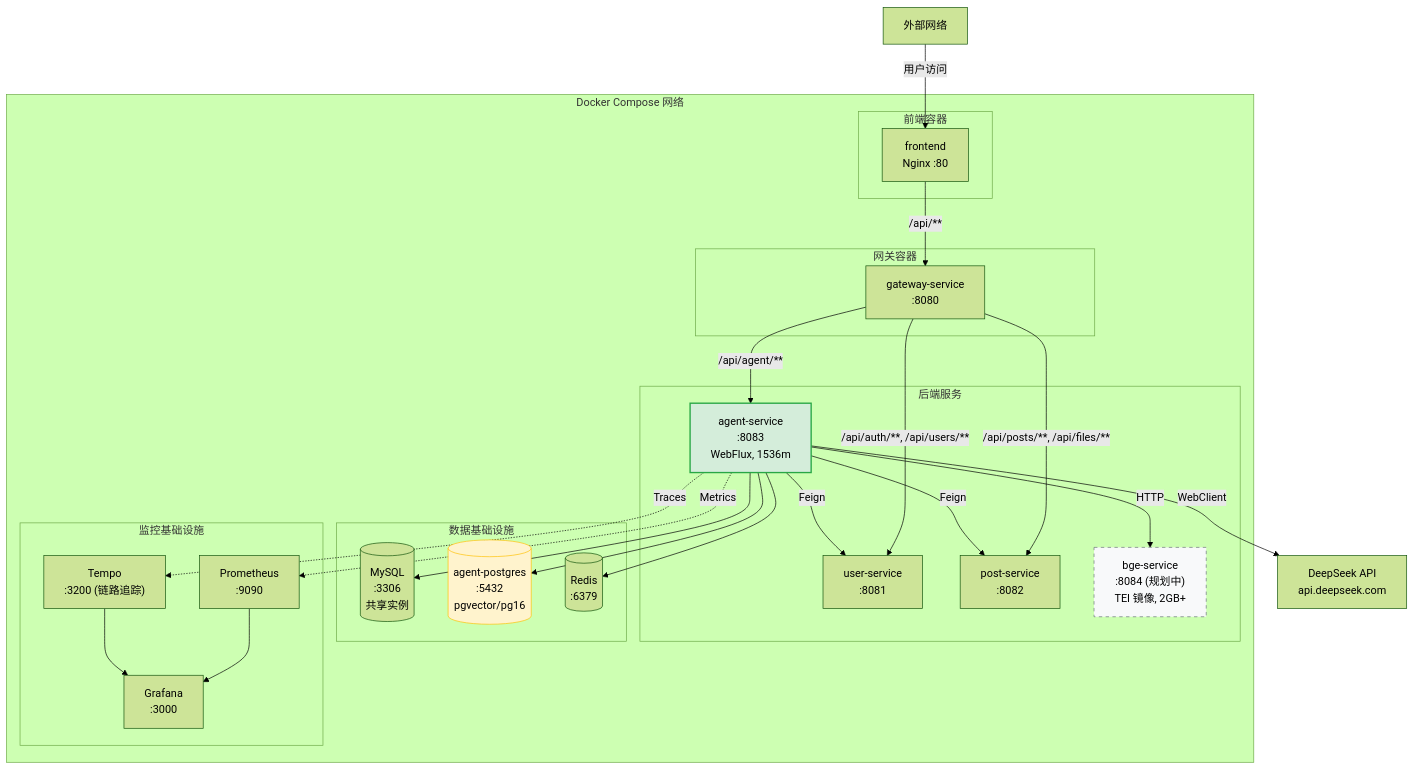
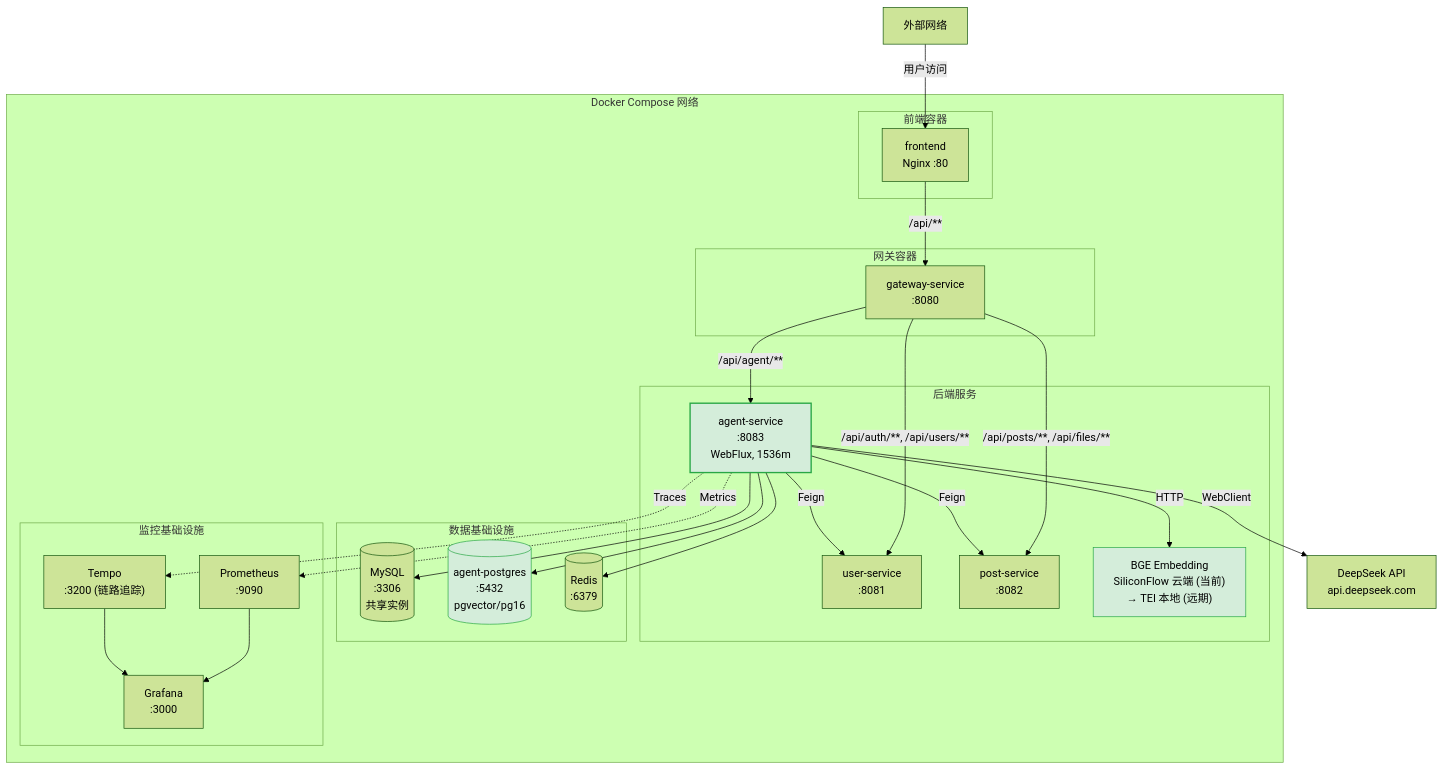
Before and after one commit to Xstly1014/CampusShare: diagram 12 of 12 in docs/agent-assistant/architecture-overview.md, drawn with Mermaid (forest theme). The commit also changed other lines of this file, not shown here.

Commit message:
docs(agent): update architecture-overview.md with Week 2 progress (RAG, categories, Markdown)

````diff
--- a/docs/agent-assistant/architecture-overview.md
+++ b/docs/agent-assistant/architecture-overview.md
@@ -890,58 +905,58 @@
 ```mermaid
 flowchart TB
     subgraph Docker网络["Docker Compose 网络"]
         subgraph 前端容器["前端容器"]
             Frontend["frontend<br/>Nginx :80"]
         end
 
         subgraph 网关容器["网关容器"]
             Gateway["gateway-service<br/>:8080"]
         end
 
         subgraph 后端服务["后端服务"]
             UserService["user-service<br/>:8081"]
             PostService["post-service<br/>:8082"]
             AgentService["agent-service<br/>:8083<br/>WebFlux, 1536m"]
-            BGEService["bge-service<br/>:8084 (规划中)<br/>TEI 镜像, 2GB+"]
+            BGEService["BGE Embedding<br/>SiliconFlow 云端 (当前)<br/>→ TEI 本地 (远期)"]
         end
 
         subgraph 数据基础设施["数据基础设施"]
             MySQL3[("MySQL<br/>:3306<br/>共享实例")]
             PostgreSQL3[("agent-postgres<br/>:5432<br/>pgvector/pg16")]
             Redis3[("Redis<br/>:6379")]
         end
 
         subgraph 监控["监控基础设施"]
             Prom["Prometheus<br/>:9090"]
             Grafana["Grafana<br/>:3000"]
             Tempo["Tempo<br/>:3200 (链路追踪)"]
         end
     end
 
     Internet["外部网络"]
     DeepSeekCloud["DeepSeek API<br/>api.deepseek.com"]
 
     Internet -->|用户访问| Frontend
     Frontend -->|/api/**| Gateway
     Gateway -->|/api/agent/**| AgentService
     Gateway -->|/api/auth/**, /api/users/**| UserService
     Gateway -->|/api/posts/**, /api/files/**| PostService
 
     AgentService -->|Feign| UserService
     AgentService -->|Feign| PostService
     AgentService -->|WebClient| DeepSeekCloud
     AgentService -->|HTTP| BGEService
 
     AgentService --> MySQL3
     AgentService --> PostgreSQL3
     AgentService --> Redis3
 
     AgentService -.->|Metrics| Prom
     AgentService -.->|Traces| Tempo
     Prom --> Grafana
     Tempo --> Grafana
 
     style AgentService fill:#d4edda,stroke:#28a745,stroke-width:2px
-    style BGEService fill:#f8f9fa,stroke:#6c757d,stroke-dasharray: 5 5
-    style PostgreSQL3 fill:#fff3cd,stroke:#ffc107
+    style BGEService fill:#d4edda,stroke:#28a745
+    style PostgreSQL3 fill:#d4edda,stroke:#28a745
 ```
````
